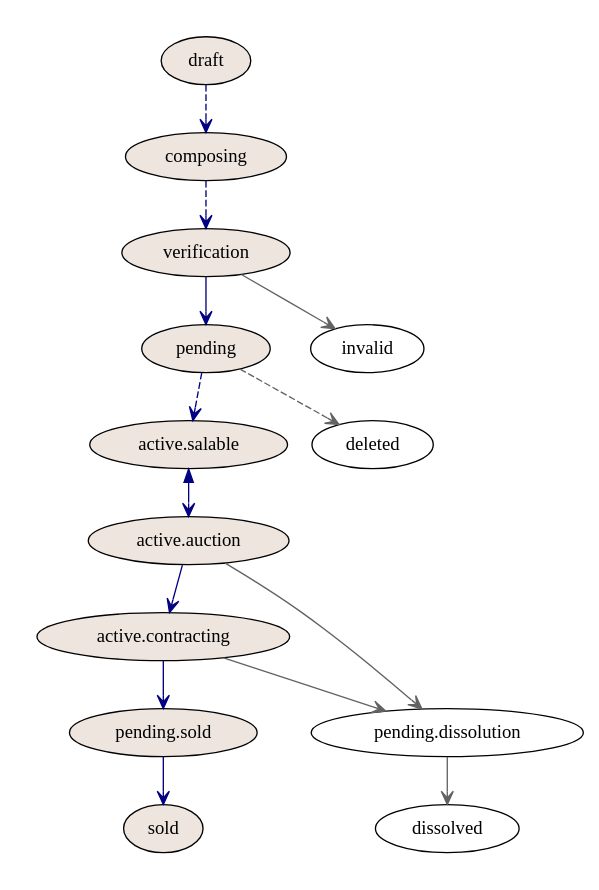
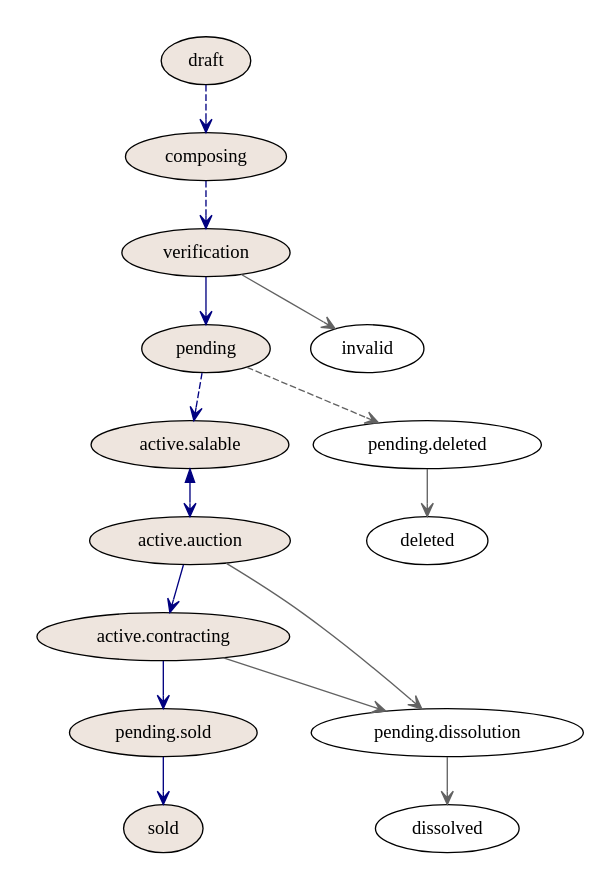
The diagram in docs/source/lotsWorkflow.rst (yevheniimoroziuk/openregistry.lots.loki), drawn with Graphviz before and after one commit. The commit also changed 1 other file, not shown here.

Commit message:
Update lotWorkflow and auction section

```diff
--- a/docs/source/lotsWorkflow.rst
+++ b/docs/source/lotsWorkflow.rst
@@ -6,38 +6,40 @@
 .. graphviz::
 
     digraph G {
             subgraph cluster_1 {
                     node [style=filled, fillcolor=seashell2];
                     edge[style=dashed,  arrowhead="vee"];
                     "draft" -> "composing" [color="0.6667 1.0000 0.5020"];
                     edge[style=dashed,  arrowhead="vee"];
                     "composing" -> "verification" [color="0.6667 1.0000 0.5020"];
                     edge[style=solid,  arrowhead="vee"];
                     "verification" -> "pending" [color="0.6667 1.0000 0.5020"];
                     edge[style=dashed,  arrowhead="vee"];
                     "pending" -> "active.salable" [color="0.6667 1.0000 0.5020"];
                     edge[style=solid,  dir="both"];
                     "active.salable" -> "active.auction" [color="0.6667 1.0000 0.5020"];
                     edge[dir="forward"];
                     "active.auction" -> "active.contracting" [color="0.6667 1.0000 0.5020"];
                     edge[dir="forward"];
                     "active.contracting" -> "pending.sold" [color="0.6667 1.0000 0.5020"];
                     edge[dir="forward"];
                     "pending.sold" -> "sold" [color="0.6667 1.0000 0.5020"];
                     color=white;
-            } 
+            }
 
             edge[style=solid, arrowhead="vee"]
             "verification" -> "invalid" [color="0.0000 0.0000 0.3882"];
             edge[style=dashed, arrowhead="vee"]
-            "pending" -> "deleted" [color="0.0000 0.0000 0.3882"];
+            "pending" -> "pending.deleted" [color="0.0000 0.0000 0.3882"];
+            edge[style=solid, arrowhead="vee"]
+            "pending.deleted" -> "deleted" [color="0.0000 0.0000 0.3882"];
             edge[style=solid];
             node [style=solid];
             edge[style=solid];
             "active.auction" -> "pending.dissolution" [color="0.0000 0.0000 0.3882"];
             edge[style=solid];
             "active.contracting" -> "pending.dissolution" [color="0.0000 0.0000 0.3882"];
             edge[style=solid];
             node [style=solid];
             "pending.dissolution" -> "dissolved" [color="0.0000 0.0000 0.3882"];
     }
```
